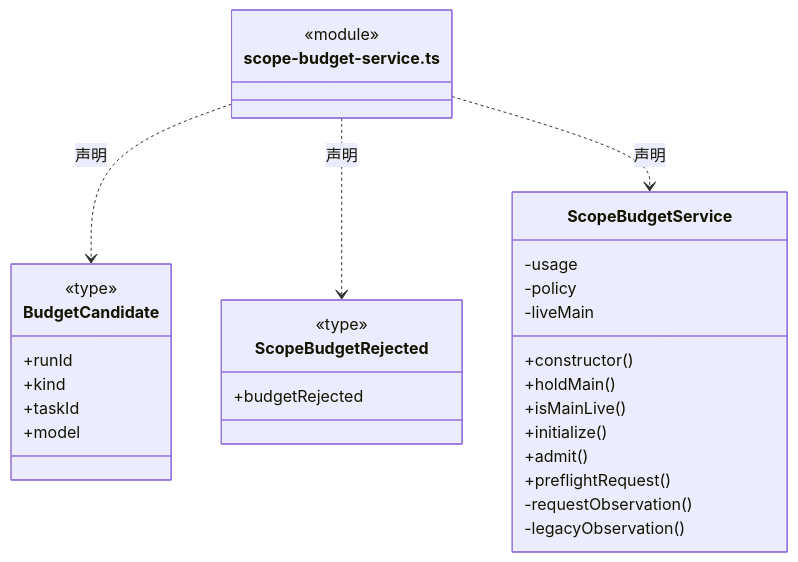
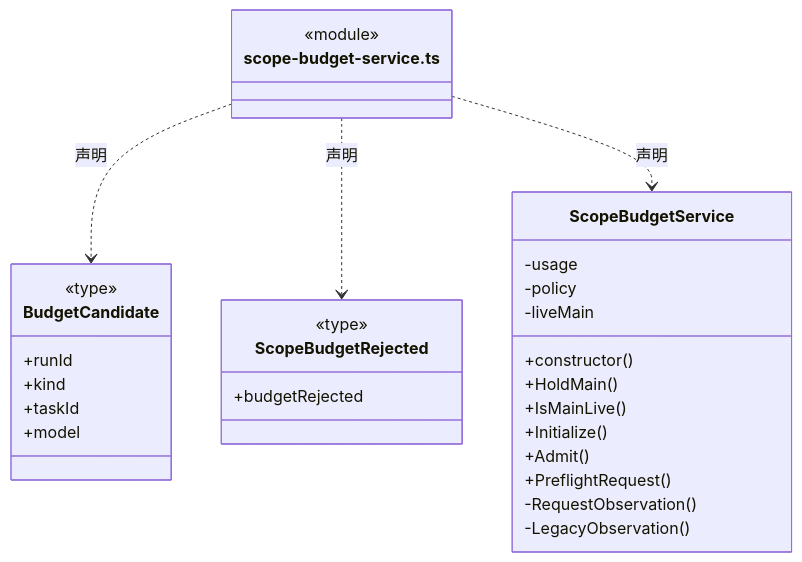
The third of 5 diagrams in src/logic/budget/runtime/ARCHITECTURE.md (nan023062/cbim), drawn with Mermaid before and after one commit. The commit also changed other lines of this file and 1035 other files, not shown here.

````diff
--- a/src/logic/budget/runtime/ARCHITECTURE.md
+++ b/src/logic/budget/runtime/ARCHITECTURE.md
@@ -65,33 +65,33 @@
 ```mermaid
 classDiagram
 class N_src_logic_budget_runtime_scope_budget_service_ts["scope-budget-service.ts"] {
   <<module>>
 }
 class N_src_logic_budget_runtime_scope_budget_service_ts_BudgetCandidate["BudgetCandidate"] {
   <<type>>
   +runId
   +kind
   +taskId
   +model
 }
 N_src_logic_budget_runtime_scope_budget_service_ts ..> N_src_logic_budget_runtime_scope_budget_service_ts_BudgetCandidate : 声明
 class N_src_logic_budget_runtime_scope_budget_service_ts_ScopeBudgetRejected["ScopeBudgetRejected"] {
   <<type>>
   +budgetRejected
 }
 N_src_logic_budget_runtime_scope_budget_service_ts ..> N_src_logic_budget_runtime_scope_budget_service_ts_ScopeBudgetRejected : 声明
 class N_src_logic_budget_runtime_scope_budget_service_ts_ScopeBudgetService["ScopeBudgetService"] {
   +constructor()
-  +holdMain()
-  +isMainLive()
-  +initialize()
-  +admit()
-  +preflightRequest()
+  +HoldMain()
+  +IsMainLive()
+  +Initialize()
+  +Admit()
+  +PreflightRequest()
   -usage
   -policy
   -liveMain
-  -requestObservation()
-  -legacyObservation()
+  -RequestObservation()
+  -LegacyObservation()
 }
 N_src_logic_budget_runtime_scope_budget_service_ts ..> N_src_logic_budget_runtime_scope_budget_service_ts_ScopeBudgetService : 声明
 ```
````
